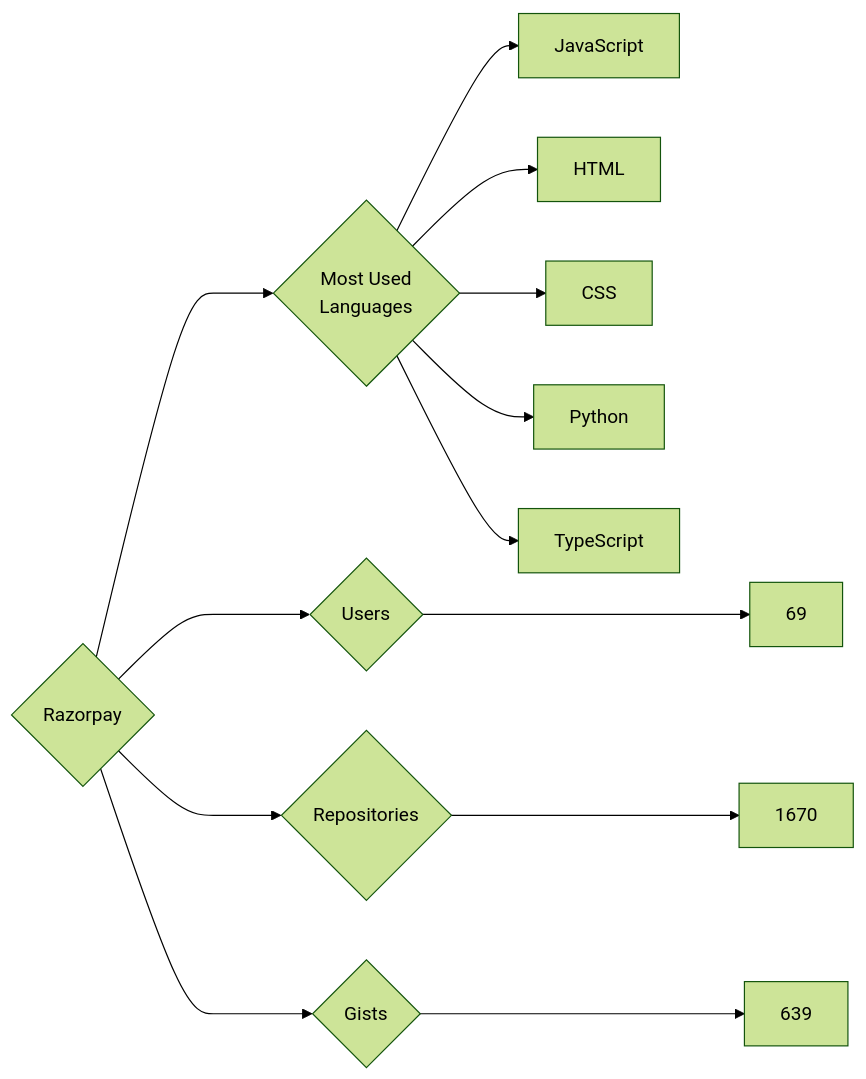
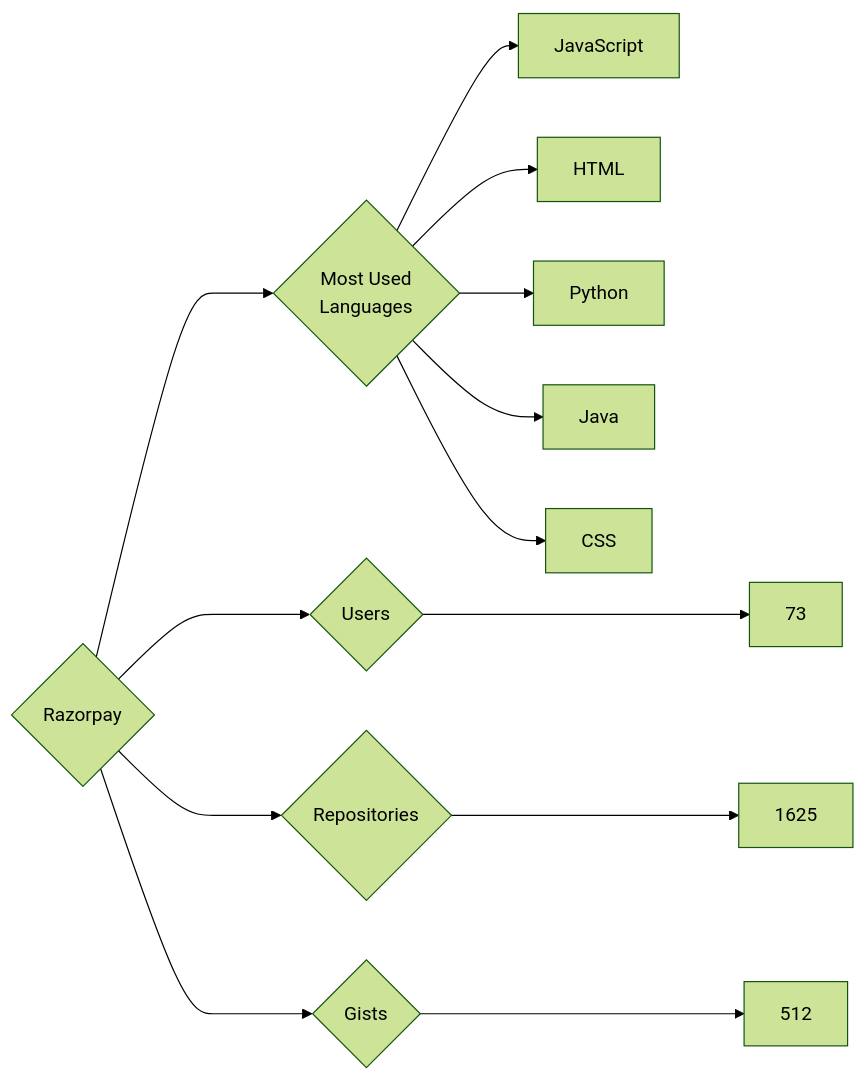
The diagram in targets/Razorpay/README.md (trickest/insiders), drawn with Mermaid (forest theme) before and after one commit. The commit also changed 964 other files, not shown here.

````diff
--- a/targets/Razorpay/README.md
+++ b/targets/Razorpay/README.md
@@ -3,13 +3,13 @@
 ```mermaid
 graph LR
 COMPANY_NAME{Razorpay}
-COMPANY_NAME ---> U{Users} ---> UN[69]
-COMPANY_NAME ---> R{Repositories} ---> RN[1670]
-COMPANY_NAME ---> G{Gists} ---> GN[639]
+COMPANY_NAME ---> U{Users} ---> UN[73]
+COMPANY_NAME ---> R{Repositories} ---> RN[1625]
+COMPANY_NAME ---> G{Gists} ---> GN[512]
 COMPANY_NAME ---> ML{Most Used<br>Languages}
 ML --> JavaScript[JavaScript]
 ML --> HTML[HTML]
+ML --> Python[Python]
+ML --> Java[Java]
 ML --> CSS[CSS]
-ML --> Python[Python]
-ML --> TypeScript[TypeScript]
 ```
````
